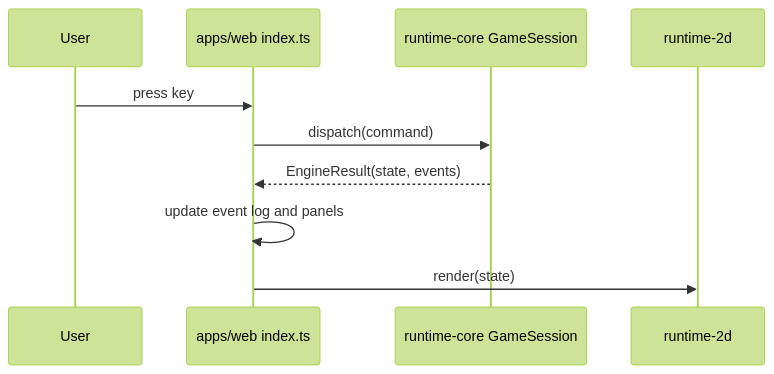
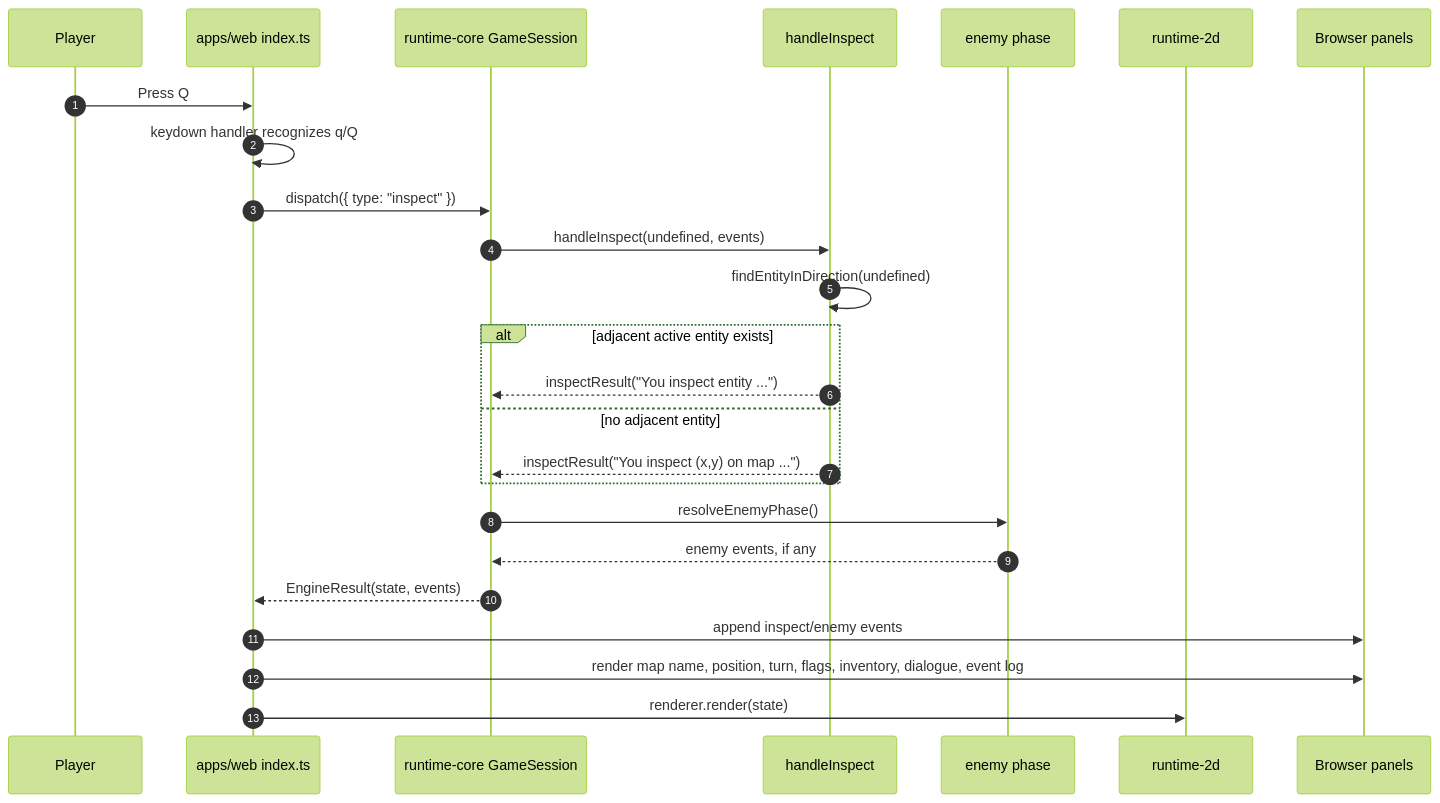
Before and after one commit to ianohlander/ACS: the fifth of 13 diagrams in docs/system-reference.md, drawn with Mermaid (forest theme). The commit also changed other lines of this file and 9 other files, not shown here.

Commit message:
Polish system reference documentation graphics

````diff
--- a/docs/system-reference.md
+++ b/docs/system-reference.md
@@ -231,13 +196,28 @@
 ```mermaid
 sequenceDiagram
-    participant User
-    participant Web as apps/web index.ts
+    autonumber
+    participant User as Player
+    participant Browser as apps/web index.ts
     participant Session as runtime-core GameSession
+    participant Inspect as handleInspect
+    participant Enemy as enemy phase
     participant Renderer as runtime-2d
+    participant DOM as Browser panels
 
-    User->>Web: press key
-    Web->>Session: dispatch(command)
-    Session-->>Web: EngineResult(state, events)
-    Web->>Web: update event log and panels
-    Web->>Renderer: render(state)
+    User->>Browser: Press Q
+    Browser->>Browser: keydown handler recognizes q/Q
+    Browser->>Session: dispatch({ type: "inspect" })
+    Session->>Inspect: handleInspect(undefined, events)
+    Inspect->>Inspect: findEntityInDirection(undefined)
+    alt adjacent active entity exists
+        Inspect-->>Session: inspectResult("You inspect entity ...")
+    else no adjacent entity
+        Inspect-->>Session: inspectResult("You inspect (x,y) on map ...")
+    end
+    Session->>Enemy: resolveEnemyPhase()
+    Enemy-->>Session: enemy events, if any
+    Session-->>Browser: EngineResult(state, events)
+    Browser->>DOM: append inspect/enemy events
+    Browser->>DOM: render map name, position, turn, flags, inventory, dialogue, event log
+    Browser->>Renderer: renderer.render(state)
 ```
````
